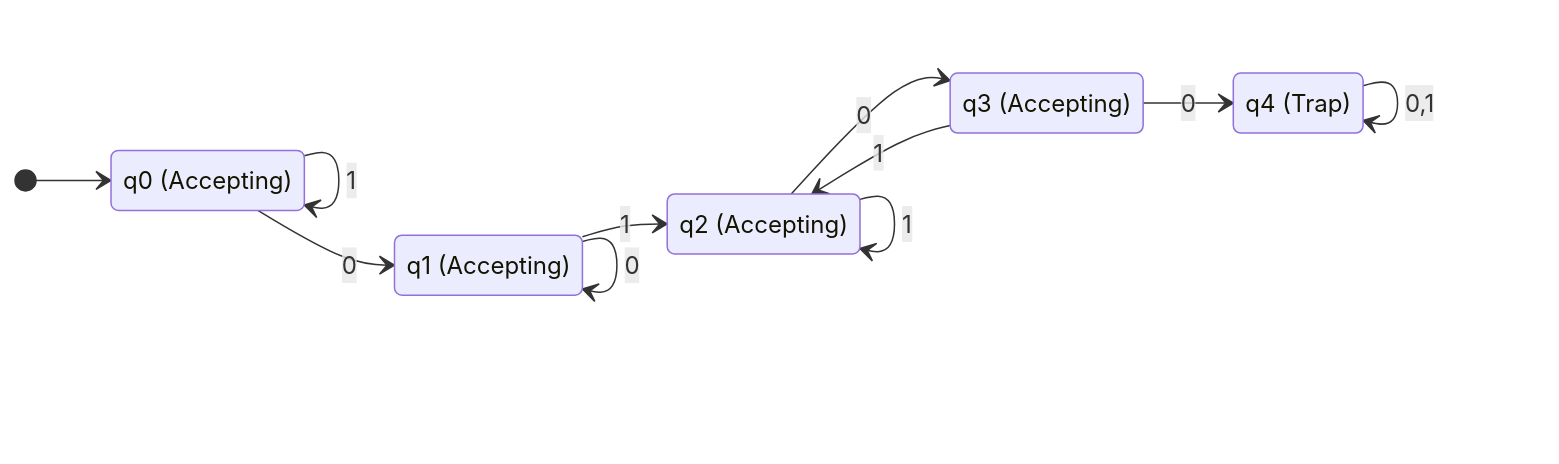
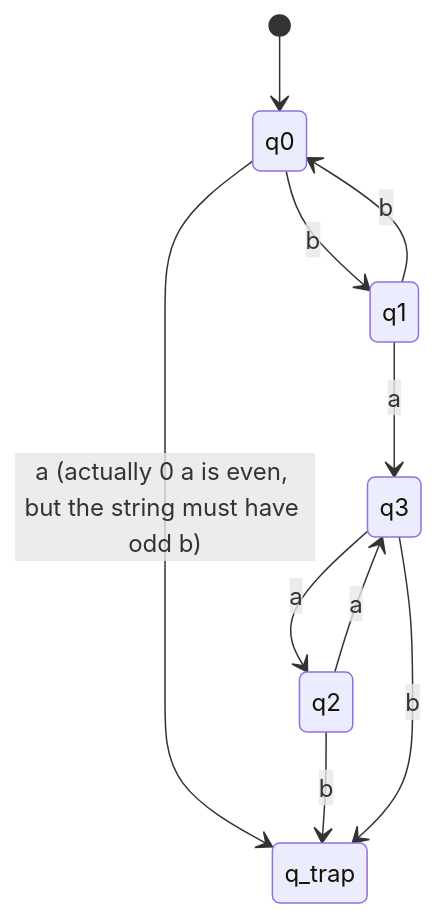
One commit to vikas-movva/Obsidian changed diagram 12 of 12 in School/CP414 Foundations of Computing/Assignments/Assignment 1.md. Above: the diagram before and after it, drawn with Mermaid. The commit also changed other lines of this file and 1 other file, not shown here.

````diff
--- a/School/CP414 Foundations of Computing/Assignments/Assignment 1.md
+++ b/School/CP414 Foundations of Computing/Assignments/Assignment 1.md
@@ -102,19 +324,14 @@
 ```mermaid
 stateDiagram-v2
-    direction LR
     [*] --> q0
-    q0 --> q0: 1
-    q0 --> q1: 0
-    q1 --> q1: 0
-    q1 --> q2: 1
-    q2 --> q2: 1
-    q2 --> q3: 0
-    q3 --> q2: 1
-    q3 --> q4: 0
-    q4 --> q4: 0,1
-    q4: q4 (Trap)
-    q0: q0 (Accepting)
-    q1: q1 (Accepting)
-    q2: q2 (Accepting)
-    q3: q3 (Accepting)
+    q0 --> q1: b
+    q0 --> q_trap: a (actually 0 a is even, but the string must have odd b)
+    q1 --> q0: b
+    q1 --> q3: a
+    q3 --> q2: a
+    q2 --> q3: a
+    q2 --> q_trap: b
+    q3 --> q_trap: b
+    state q1 <<accept>>
+    state q2 <<accept>>
 ```
````
